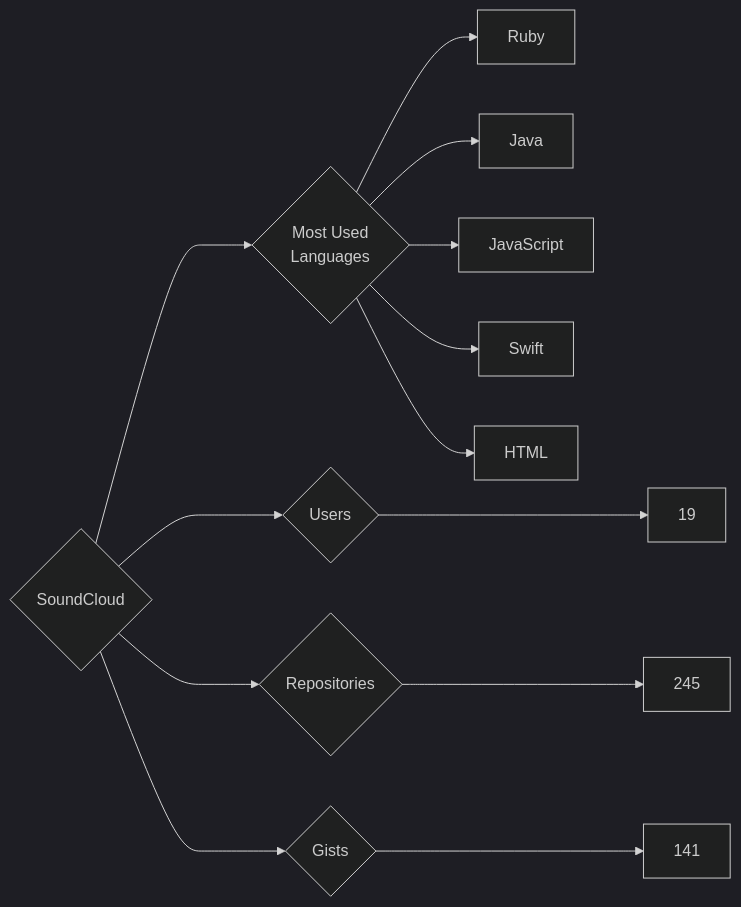
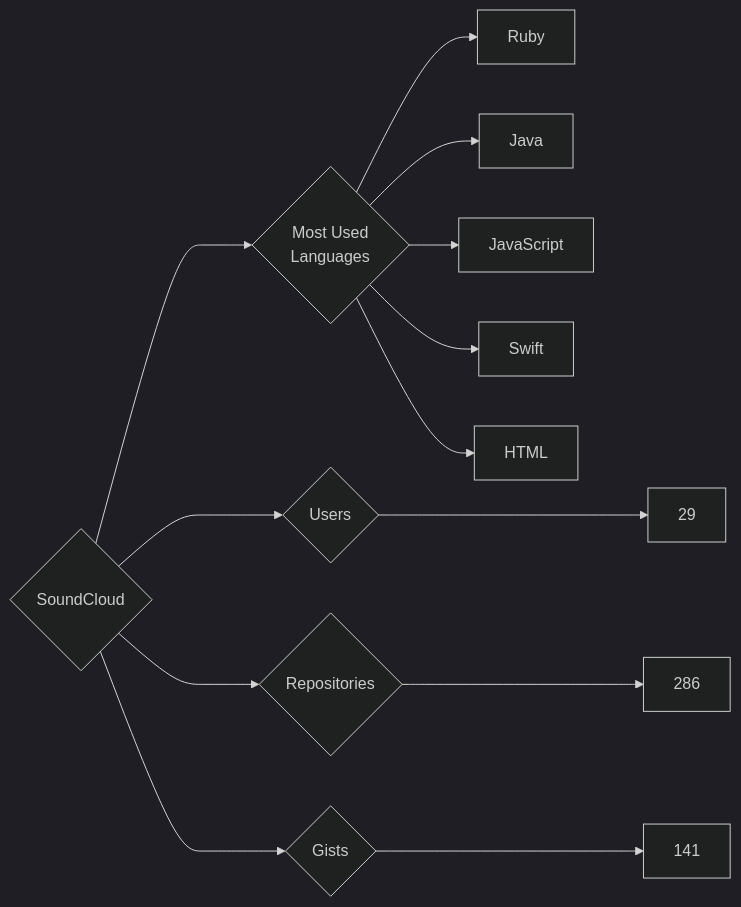
The diagram in targets/SoundCloud/README.md (trickest/insiders), drawn with Mermaid (dark theme) before and after one commit. The commit also changed 823 other files, not shown here.

````diff
--- a/targets/SoundCloud/README.md
+++ b/targets/SoundCloud/README.md
@@ -3,13 +3,13 @@
 ```mermaid
 graph LR
 COMPANY_NAME{SoundCloud}
-COMPANY_NAME ---> U{Users} ---> UN[19]
-COMPANY_NAME ---> R{Repositories} ---> RN[245]
+COMPANY_NAME ---> U{Users} ---> UN[29]
+COMPANY_NAME ---> R{Repositories} ---> RN[286]
 COMPANY_NAME ---> G{Gists} ---> GN[141]
 COMPANY_NAME ---> ML{Most Used<br>Languages}
 ML --> Ruby[Ruby]
 ML --> Java[Java]
 ML --> JavaScript[JavaScript]
 ML --> Swift[Swift]
 ML --> HTML[HTML]
 ```
````
